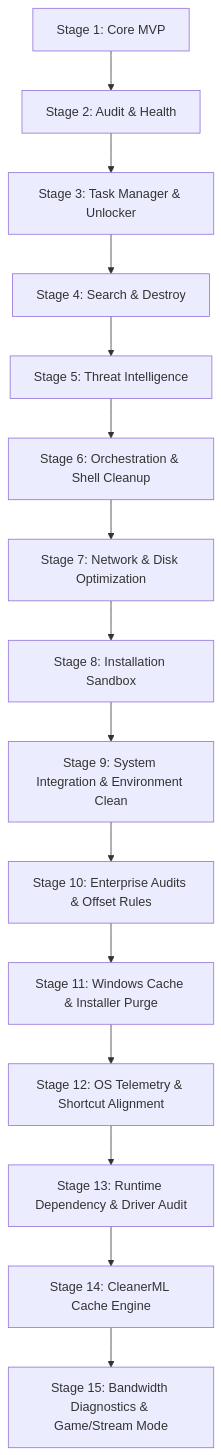
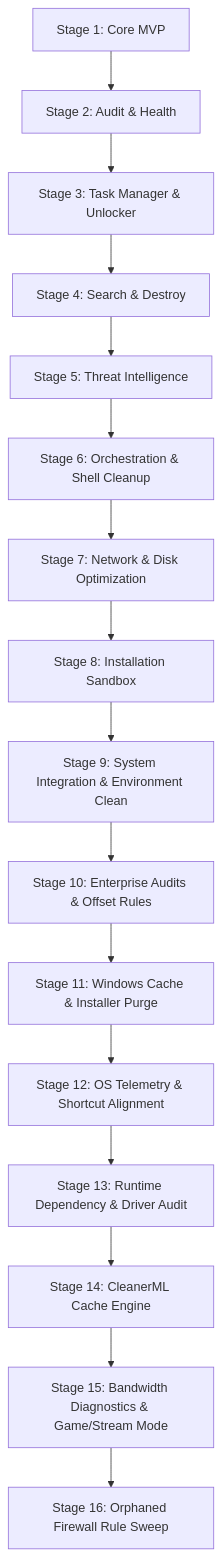
The diagram in docs/roadmap.md (QuantumMonkey/Vanish), drawn with Mermaid before and after one commit. The commit also changed other lines of this file and 1 other file, not shown here.

First line of the commit message:
feat(roadmap): scope Stage 16 (orphaned firewall rule sweep)

````diff
--- a/docs/roadmap.md
+++ b/docs/roadmap.md
@@ -9,17 +9,18 @@
 ```mermaid
 graph TD
     P1[Stage 1: Core MVP] --> P2[Stage 2: Audit & Health]
     P2 --> P3[Stage 3: Task Manager & Unlocker]
     P3 --> P4[Stage 4: Search & Destroy]
     P4 --> P5[Stage 5: Threat Intelligence]
     P5 --> P6[Stage 6: Orchestration & Shell Cleanup]
     P6 --> P7[Stage 7: Network & Disk Optimization]
     P7 --> P8[Stage 8: Installation Sandbox]
     P8 --> P9[Stage 9: System Integration & Environment Clean]
     P9 --> P10[Stage 10: Enterprise Audits & Offset Rules]
     P10 --> P11[Stage 11: Windows Cache & Installer Purge]
     P11 --> P12[Stage 12: OS Telemetry & Shortcut Alignment]
     P12 --> P13[Stage 13: Runtime Dependency & Driver Audit]
     P13 --> P14[Stage 14: CleanerML Cache Engine]
     P14 --> P15[Stage 15: Bandwidth Diagnostics & Game/Stream Mode]
+    P15 --> P16[Stage 16: Orphaned Firewall Rule Sweep]
 ```
````
